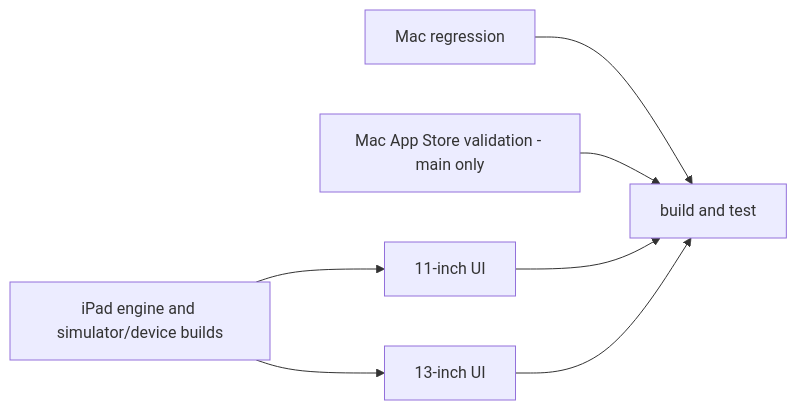
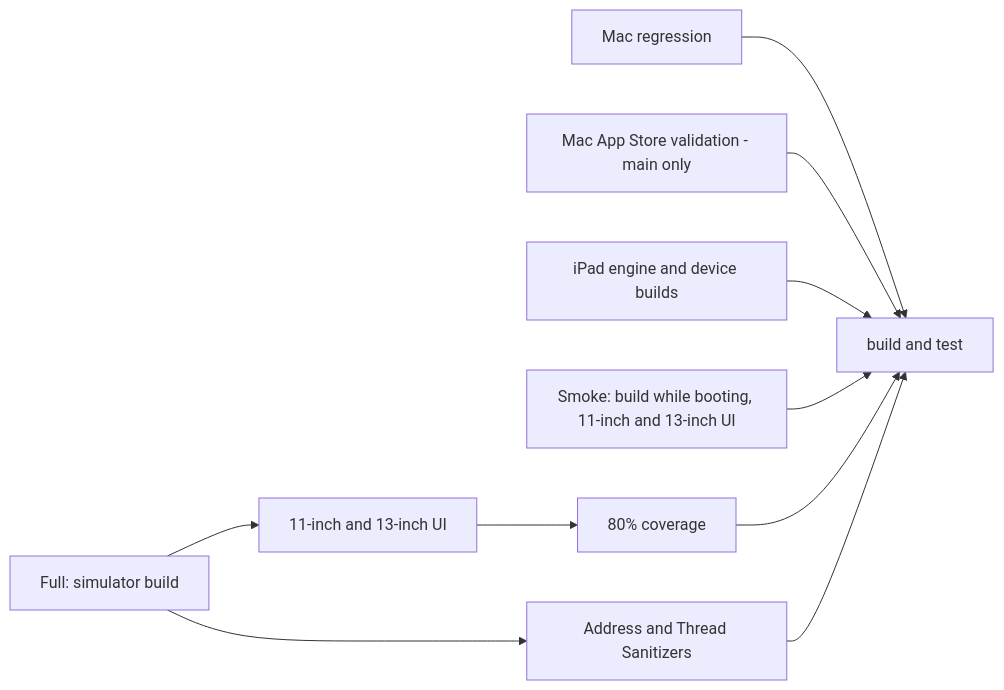
The diagram in docs/ipad.md (leftblank-app/leftblank), drawn with Mermaid before and after one commit. The commit also changed other lines of this file and 3 other files, not shown here.

First line of the commit message:
Keep the iPad cold-start reboot and overlap it with smoke compilation

````diff
--- a/docs/ipad.md
+++ b/docs/ipad.md
@@ -134,9 +148,9 @@
 ```mermaid
 flowchart LR
     mac[Mac regression] --> gate[build and test]
     store[Mac App Store validation - main only] --> gate
-    builds[iPad engine and simulator/device builds] --> small[11-inch UI]
-    builds --> large[13-inch UI]
-    small --> gate
-    large --> gate
+    checks[iPad engine and device builds] --> gate
+    smoke[Smoke: build while booting, 11-inch and 13-inch UI] --> gate
+    build[Full: simulator build] --> ui[11-inch and 13-inch UI] --> coverage[80% coverage] --> gate
+    build --> memory[Address and Thread Sanitizers] --> gate
 ```
````
